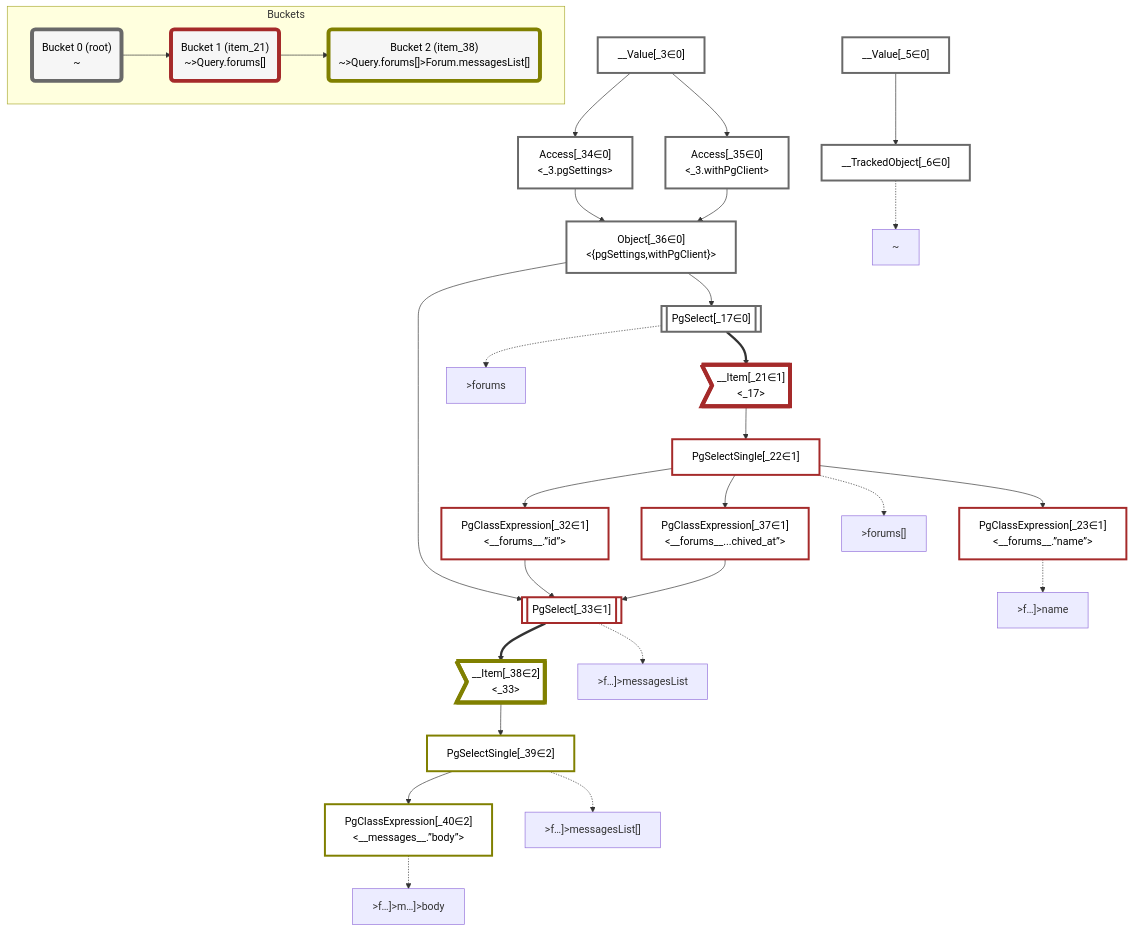
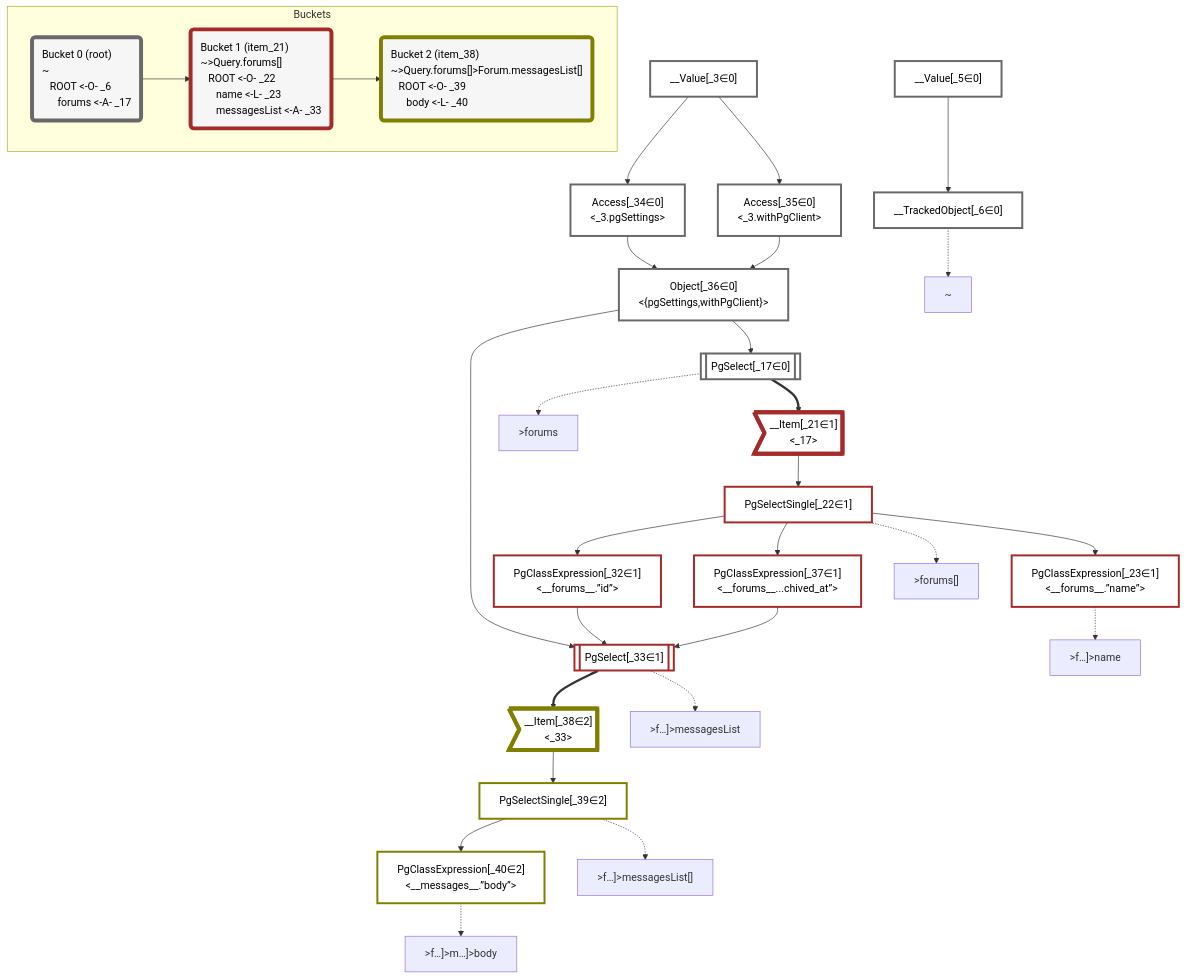
Before and after one commit to graphile/crystal: the diagram in packages/dataplan-pg/__tests__/queries/conditions/basics.deopt.mermaid.md, drawn with Mermaid. The commit also changed 195 other files, not shown here.

````diff
--- a/packages/dataplan-pg/__tests__/queries/conditions/basics.deopt.mermaid.md
+++ b/packages/dataplan-pg/__tests__/queries/conditions/basics.deopt.mermaid.md
@@ -1,81 +1,81 @@
 ```mermaid
 graph TD
     classDef path fill:#eee,stroke:#000,color:#000
     classDef plan fill:#fff,stroke-width:3px,color:#000
     classDef itemplan fill:#fff,stroke-width:6px,color:#000
     classDef sideeffectplan fill:#f00,stroke-width:6px,color:#000
-    classDef bucket fill:#f6f6f6,color:#000,stroke-width:6px
+    classDef bucket fill:#f6f6f6,color:#000,stroke-width:6px,text-align:left
 
 
     %% define plans
     __Value_3["__Value[_3∈0]<br /><context>"]:::plan
     __Value_5["__Value[_5∈0]<br /><rootValue>"]:::plan
     __TrackedObject_6["__TrackedObject[_6∈0]"]:::plan
     PgSelect_17[["PgSelect[_17∈0]<br /><forums>"]]:::plan
     __Item_21>"__Item[_21∈1]<br /><_17>"]:::itemplan
     PgSelectSingle_22["PgSelectSingle[_22∈1]<br /><forums>"]:::plan
     PgClassExpression_23["PgClassExpression[_23∈1]<br /><__forums__.”name”>"]:::plan
     PgClassExpression_32["PgClassExpression[_32∈1]<br /><__forums__.”id”>"]:::plan
     PgSelect_33[["PgSelect[_33∈1]<br /><messages>"]]:::plan
     Access_34["Access[_34∈0]<br /><_3.pgSettings>"]:::plan
     Access_35["Access[_35∈0]<br /><_3.withPgClient>"]:::plan
     Object_36["Object[_36∈0]<br /><{pgSettings,withPgClient}>"]:::plan
     PgClassExpression_37["PgClassExpression[_37∈1]<br /><__forums__...chived_at”>"]:::plan
     __Item_38>"__Item[_38∈2]<br /><_33>"]:::itemplan
     PgSelectSingle_39["PgSelectSingle[_39∈2]<br /><messages>"]:::plan
     PgClassExpression_40["PgClassExpression[_40∈2]<br /><__messages__.”body”>"]:::plan
 
     %% plan dependencies
     __Value_5 --> __TrackedObject_6
     Object_36 --> PgSelect_17
     PgSelect_17 ==> __Item_21
     __Item_21 --> PgSelectSingle_22
     PgSelectSingle_22 --> PgClassExpression_23
     PgSelectSingle_22 --> PgClassExpression_32
     Object_36 --> PgSelect_33
     PgClassExpression_32 --> PgSelect_33
     PgClassExpression_37 --> PgSelect_33
     __Value_3 --> Access_34
     __Value_3 --> Access_35
     Access_34 --> Object_36
     Access_35 --> Object_36
     PgSelectSingle_22 --> PgClassExpression_37
     PgSelect_33 ==> __Item_38
     __Item_38 --> PgSelectSingle_39
     PgSelectSingle_39 --> PgClassExpression_40
 
     %% plan-to-path relationships
     P_6["~"]
     __TrackedObject_6 -.-> P_6
     P_17[">forums"]
     PgSelect_17 -.-> P_17
     P_22[">forums[]"]
     PgSelectSingle_22 -.-> P_22
     P_23[">f…]>name"]
     PgClassExpression_23 -.-> P_23
     P_33[">f…]>messagesList"]
     PgSelect_33 -.-> P_33
     P_39[">f…]>messagesList[]"]
     PgSelectSingle_39 -.-> P_39
     P_40[">f…]>m…]>body"]
     PgClassExpression_40 -.-> P_40
 
     %% allocate buckets
     classDef bucket0 stroke:#696969
     class __Value_3,__Value_5,__TrackedObject_6,PgSelect_17,Access_34,Access_35,Object_36 bucket0
     classDef bucket1 stroke:#a52a2a
     class __Item_21,PgSelectSingle_22,PgClassExpression_23,PgClassExpression_32,PgSelect_33,PgClassExpression_37 bucket1
     classDef bucket2 stroke:#808000
     class __Item_38,PgSelectSingle_39,PgClassExpression_40 bucket2
 
     subgraph Buckets
-    Bucket0("Bucket 0 (root)<br />~"):::bucket
+    Bucket0("Bucket 0 (root)<br />~<br />⠀ROOT <-O- _6<br />⠀⠀forums <-A- _17"):::bucket
     style Bucket0 stroke:#696969
-    Bucket1("Bucket 1 (item_21)<br />~>Query.forums[]"):::bucket
+    Bucket1("Bucket 1 (item_21)<br />~>Query.forums[]<br />⠀ROOT <-O- _22<br />⠀⠀name <-L- _23<br />⠀⠀messagesList <-A- _33"):::bucket
     style Bucket1 stroke:#a52a2a
     Bucket0 --> Bucket1
-    Bucket2("Bucket 2 (item_38)<br />~>Query.forums[]>Forum.messagesList[]"):::bucket
+    Bucket2("Bucket 2 (item_38)<br />~>Query.forums[]>Forum.messagesList[]<br />⠀ROOT <-O- _39<br />⠀⠀body <-L- _40"):::bucket
     style Bucket2 stroke:#808000
     Bucket1 --> Bucket2
     end
 ```
````
